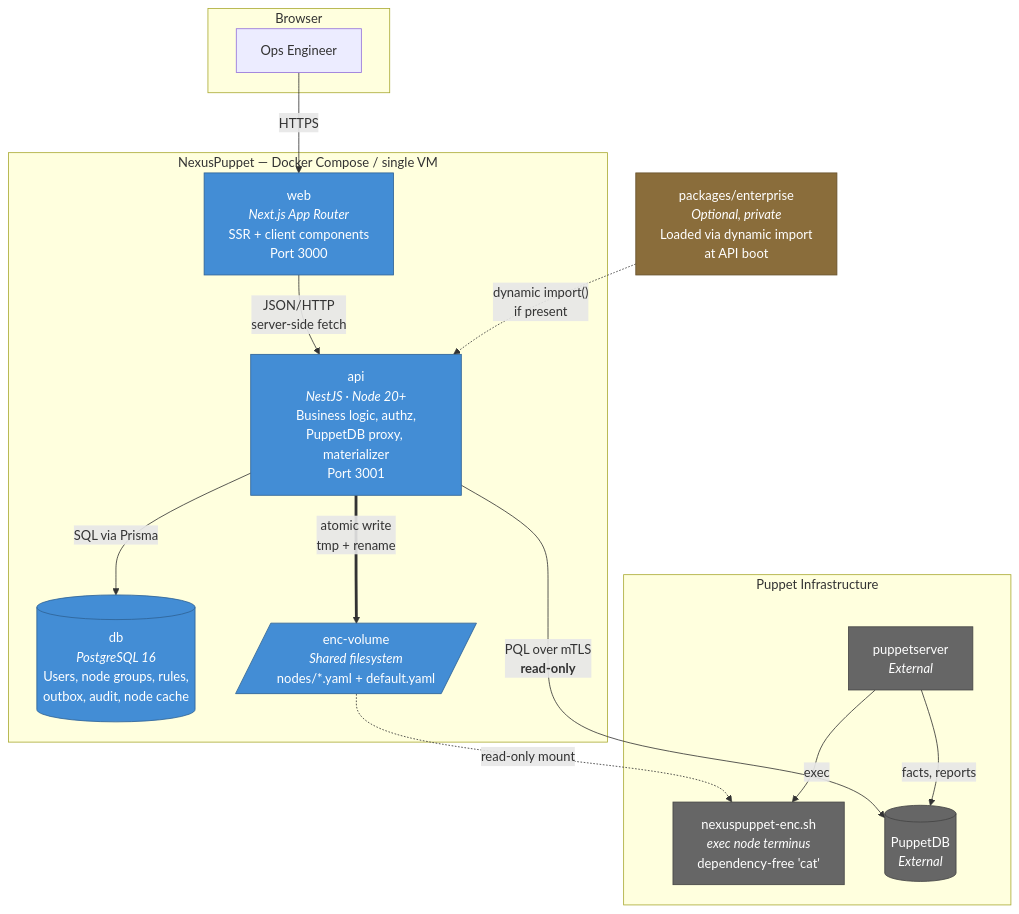
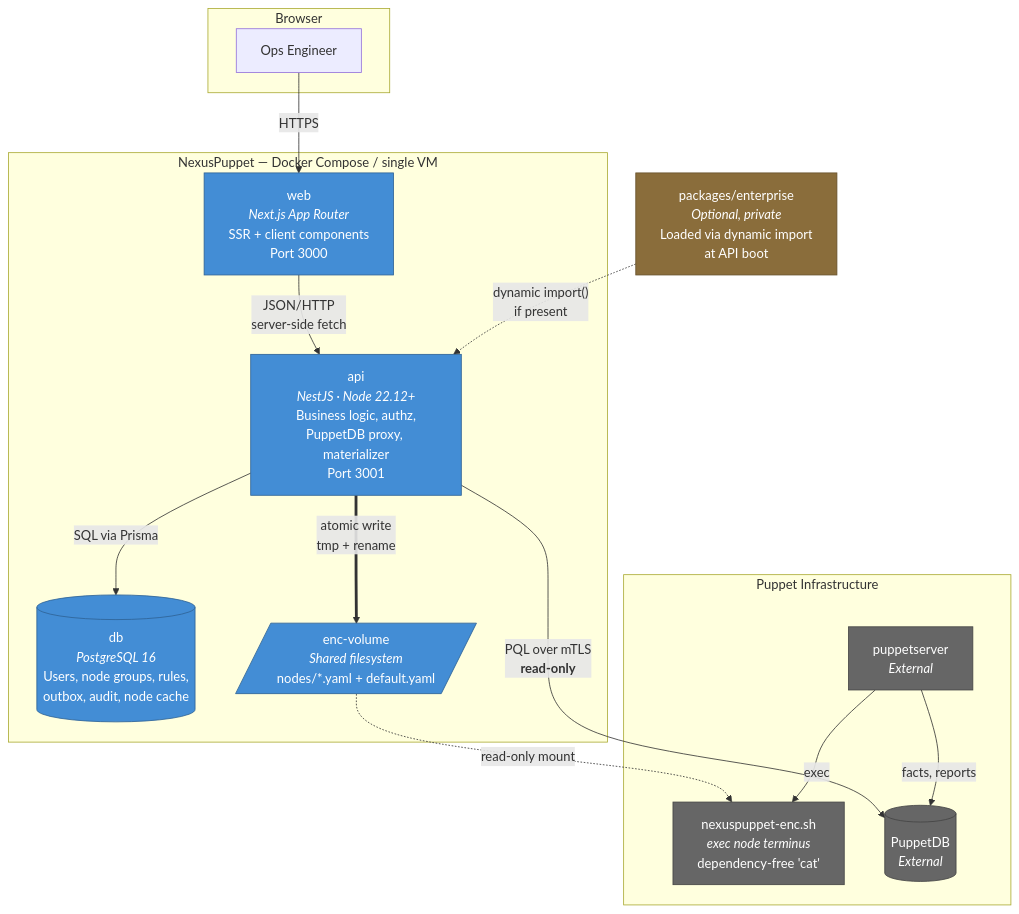
The diagram in docs/architecture/c4-l2-container.md (eth-man/nexuspuppet), drawn with Mermaid before and after one commit. The commit also changed other lines of this file and 3 other files, not shown here.

````diff
--- a/docs/architecture/c4-l2-container.md
+++ b/docs/architecture/c4-l2-container.md
@@ -3,40 +3,40 @@
 ```mermaid
 graph TB
     subgraph browser["Browser"]
         ui["Ops Engineer"]
     end
 
     subgraph np["NexusPuppet — Docker Compose / single VM"]
         web["web<br/><i>Next.js App Router</i><br/>SSR + client components<br/>Port 3000"]
-        api["api<br/><i>NestJS · Node 20+</i><br/>Business logic, authz,<br/>PuppetDB proxy, materializer<br/>Port 3001"]
+        api["api<br/><i>NestJS · Node 22.12+</i><br/>Business logic, authz,<br/>PuppetDB proxy, materializer<br/>Port 3001"]
         db[("db<br/><i>PostgreSQL 16</i><br/>Users, node groups, rules,<br/>outbox, audit, node cache")]
         vol[/"enc-volume<br/><i>Shared filesystem</i><br/>nodes/*.yaml + default.yaml"/]
     end
 
     subgraph puppet["Puppet Infrastructure"]
         psrv["puppetserver<br/><i>External</i>"]
         enc_sh["nexuspuppet-enc.sh<br/><i>exec node terminus</i><br/>dependency-free 'cat'"]
         pdb[("PuppetDB<br/><i>External</i>")]
     end
 
     ent["packages/enterprise<br/><i>Optional, private</i><br/>Loaded via dynamic import<br/>at API boot"]
 
     ui -->|"HTTPS"| web
     web -->|"JSON/HTTP<br/>server-side fetch"| api
     api -->|"SQL via Prisma"| db
     api -->|"PQL over mTLS<br/><b>read-only</b>"| pdb
     api ==>|"atomic write<br/>tmp + rename"| vol
     vol -.->|"read-only mount"| enc_sh
     psrv -->|"exec"| enc_sh
     psrv -->|"facts, reports"| pdb
     ent -.->|"dynamic import()<br/>if present"| api
 
     classDef container fill:#438dd5,stroke:#2e6295,color:#fff
     classDef store fill:#438dd5,stroke:#2e6295,color:#fff
     classDef external fill:#666,stroke:#444,color:#fff
     classDef optional fill:#8a6d3b,stroke:#66512c,color:#fff
     class web,api container
     class db,vol store
     class psrv,pdb,enc_sh external
     class ent optional
 ```
````
